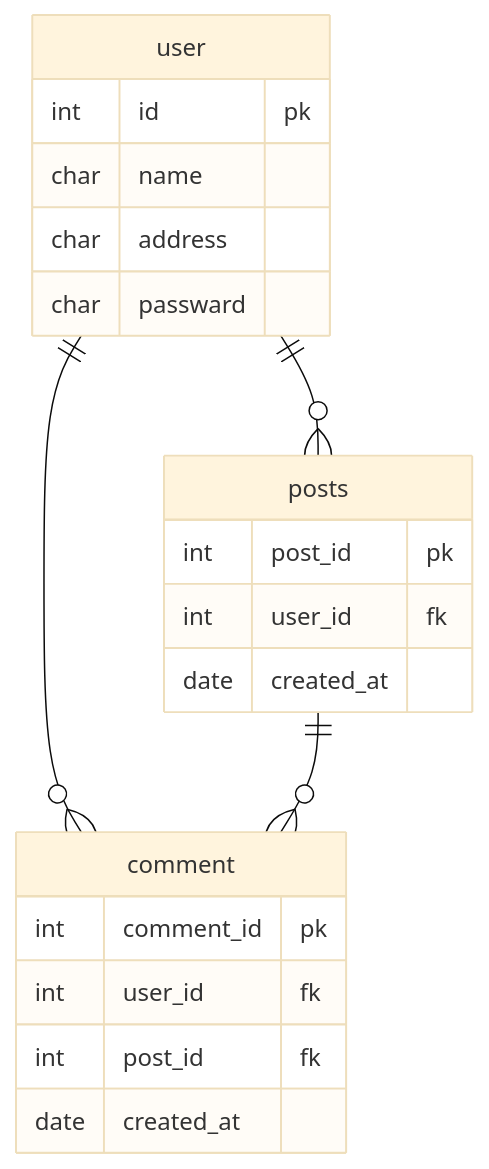
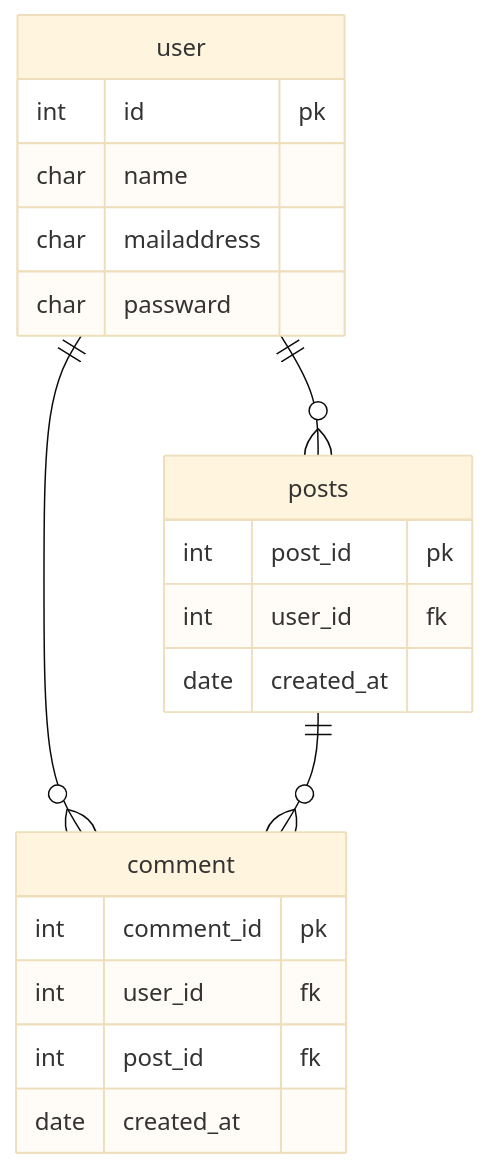
One commit to aoi0124/pbl changed the diagram in README.md. Above: the diagram before and after it, drawn with Mermaid (base theme).

Commit message:
ER図の作成

````diff
--- a/README.md
+++ b/README.md
@@ -7,29 +7,29 @@
 ```mermaid
 erDiagram
     user {
         int id pk
         char name
-        char address
+        char mailaddress
         char passward
     }
 
     
 
     posts{
         int post_id pk
         int user_id fk
         date created_at
     }
 
     comment{
         int comment_id pk
         int user_id fk
         int post_id fk
         date created_at
     }
 
     user ||--o{ posts : ""
     user ||--o{ comment : ""
     posts ||--o{ comment : ""
 
 ```
````
